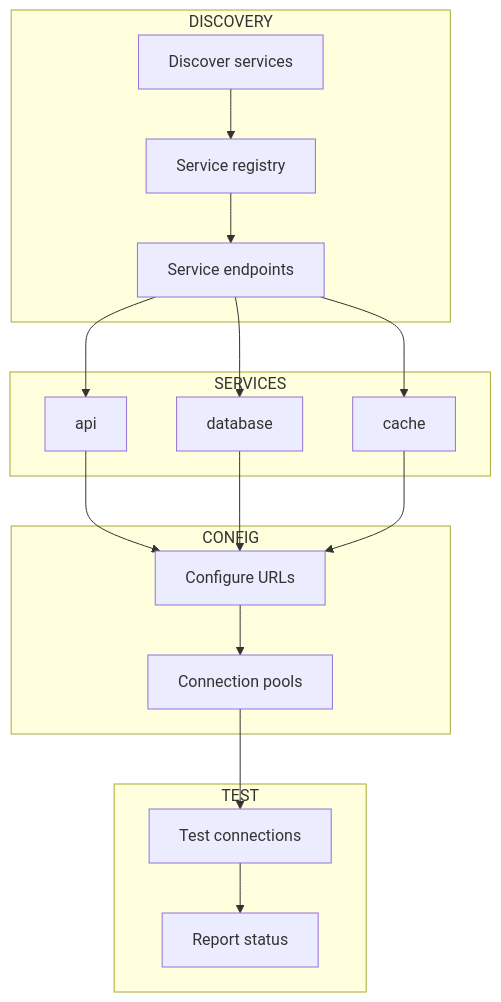
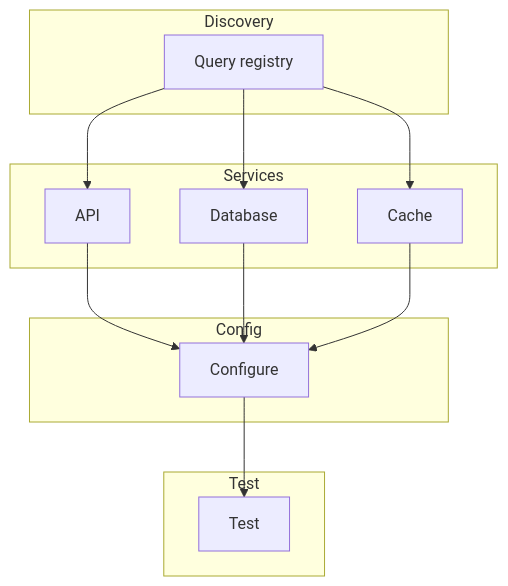
The third of 5 diagrams in examples/api_pipeline/15_service_discovery/README.md (wisrovi/wpipe), drawn with Mermaid before and after one commit. The commit also changed other lines of this file and 20 other files, not shown here.

First line of the commit message:
Simplify Mermaid diagrams for better rendering

````diff
--- a/examples/api_pipeline/15_service_discovery/README.md
+++ b/examples/api_pipeline/15_service_discovery/README.md
@@ -39,36 +33,28 @@
 ```mermaid
 graph TB
-    subgraph DISCOVERY
-        D1[Discover services]
-        D2[Service registry]
-        D3[Service endpoints]
+    subgraph Discovery
+        A[Query registry]
     end
     
-    subgraph SERVICES
-        S1[api]
-        S2[database]
-        S3[cache]
+    subgraph Services
+        B[API]
+        C[Database]
+        D[Cache]
     end
     
-    subgraph CONFIG
-        C1[Configure URLs]
-        C2[Connection pools]
+    subgraph Config
+        E[Configure]
     end
     
-    subgraph TEST
-        T1[Test connections]
-        T2[Report status]
+    subgraph Test
+        F[Test]
     end
     
-    D1 --> D2
-    D2 --> D3
-    D3 --> S1
-    D3 --> S2
-    D3 --> S3
-    S1 --> C1
-    S2 --> C1
-    S3 --> C1
-    C1 --> C2
-    C2 --> T1
-    T1 --> T2
+    A --> B
+    A --> C
+    A --> D
+    B --> E
+    C --> E
+    D --> E
+    E --> F
 ```
````
